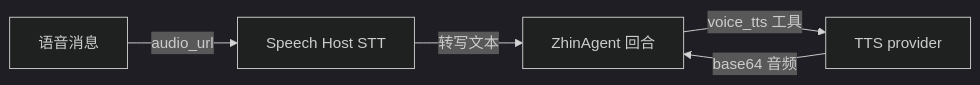
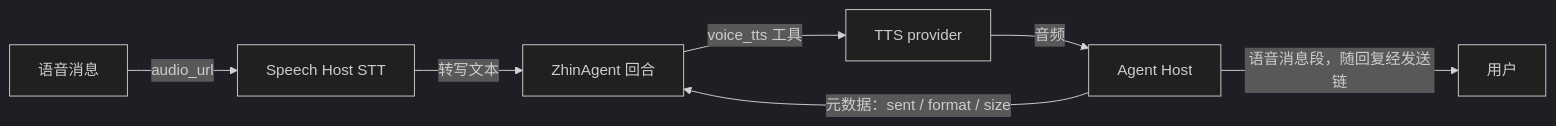
The diagram in docs/ai/speech.md (zhinjs/zhin), drawn with Mermaid (dark theme) before and after one commit. The commit also changed other lines of this file and 24 other files, not shown here.

````diff
--- a/docs/ai/speech.md
+++ b/docs/ai/speech.md
@@ -15,7 +15,9 @@
 ```mermaid
 flowchart LR
     V[语音消息] -->|audio_url| S[Speech Host STT]
     S -->|转写文本| A[ZhinAgent 回合]
     A -->|voice_tts 工具| T[TTS provider]
-    T -->|base64 音频| A
+    T -->|音频| H[Agent Host]
+    H -->|元数据：sent / format / size| A
+    H -->|语音消息段，随回复经发送链| U[用户]
 ```
````
